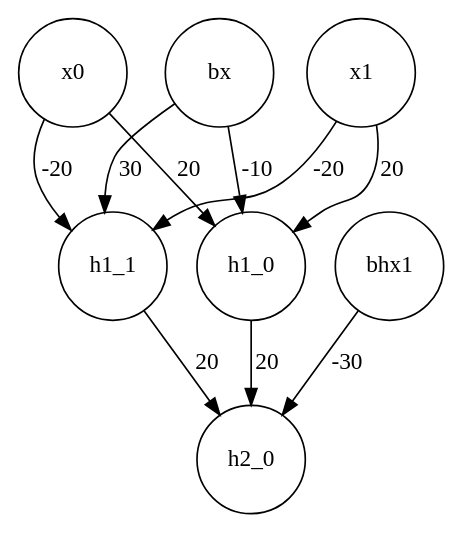
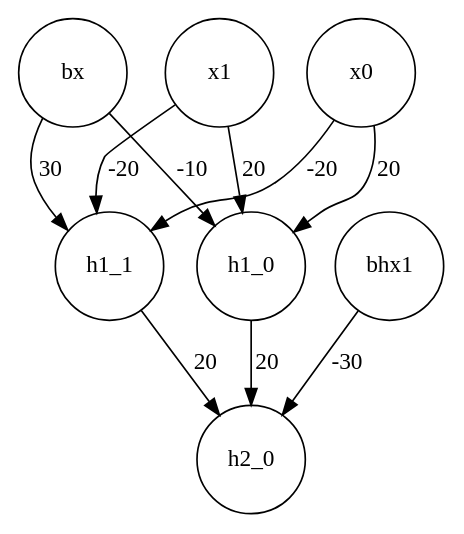
Before and after one commit to karlsenab7/Tubes-Machine-Learning: the diagram in Tubes1/src/model 1.gv, drawn with Graphviz. The commit also changed other lines of this file and 4 other files, not shown here.

```diff
--- a/Tubes1/src/model 1.gv
+++ b/Tubes1/src/model 1.gv
@@ -1,12 +1,12 @@
 digraph "Feed Forward Neural Network" {
 	node [fixedsize=true shape=circle width=0.9]
+	bx -> h1_0 [label=-10]
 	x0 -> h1_0 [label=20]
 	x0 -> h1_1 [label=-20]
+	bx -> h1_1 [label=30]
 	x1 -> h1_0 [label=20]
 	x1 -> h1_1 [label=-20]
-	bx -> h1_0 [label=-10]
-	bx -> h1_1 [label=30]
+	bhx1 -> h2_0 [label=-30]
 	h1_0 -> h2_0 [label=20]
 	h1_1 -> h2_0 [label=20]
-	bhx1 -> h2_0 [label=-30]
 }
```
